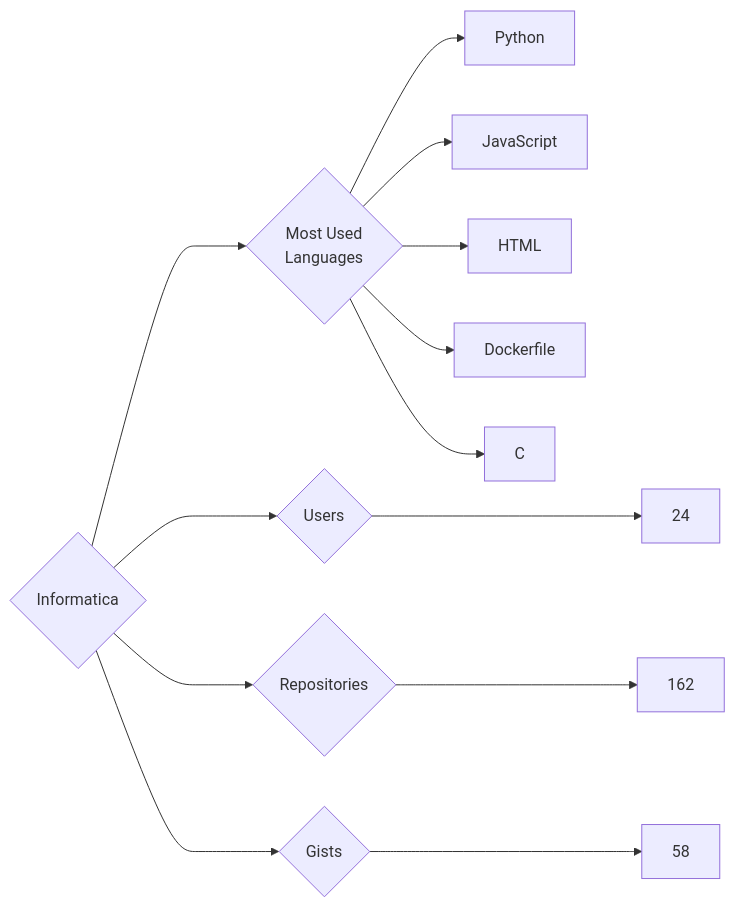
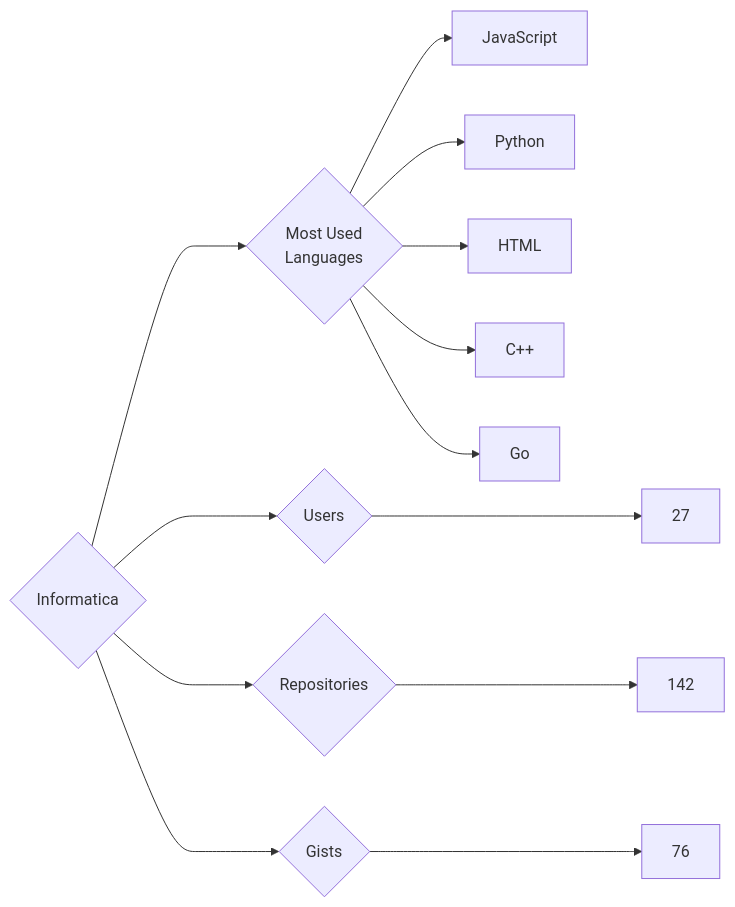
Before and after one commit to trickest/insiders: the diagram in targets/Informatica/README.md, drawn with Mermaid. The commit also changed 930 other files, not shown here.

````diff
--- a/targets/Informatica/README.md
+++ b/targets/Informatica/README.md
@@ -3,13 +3,13 @@
 ```mermaid
 graph LR
 COMPANY_NAME{Informatica}
-COMPANY_NAME ---> U{Users} ---> UN[24]
-COMPANY_NAME ---> R{Repositories} ---> RN[162]
-COMPANY_NAME ---> G{Gists} ---> GN[58]
+COMPANY_NAME ---> U{Users} ---> UN[27]
+COMPANY_NAME ---> R{Repositories} ---> RN[142]
+COMPANY_NAME ---> G{Gists} ---> GN[76]
 COMPANY_NAME ---> ML{Most Used<br>Languages}
+ML --> JavaScript[JavaScript]
 ML --> Python[Python]
-ML --> JavaScript[JavaScript]
 ML --> HTML[HTML]
-ML --> Dockerfile[Dockerfile]
-ML --> C[C]
+ML --> C++[C++]
+ML --> Go[Go]
 ```
````
